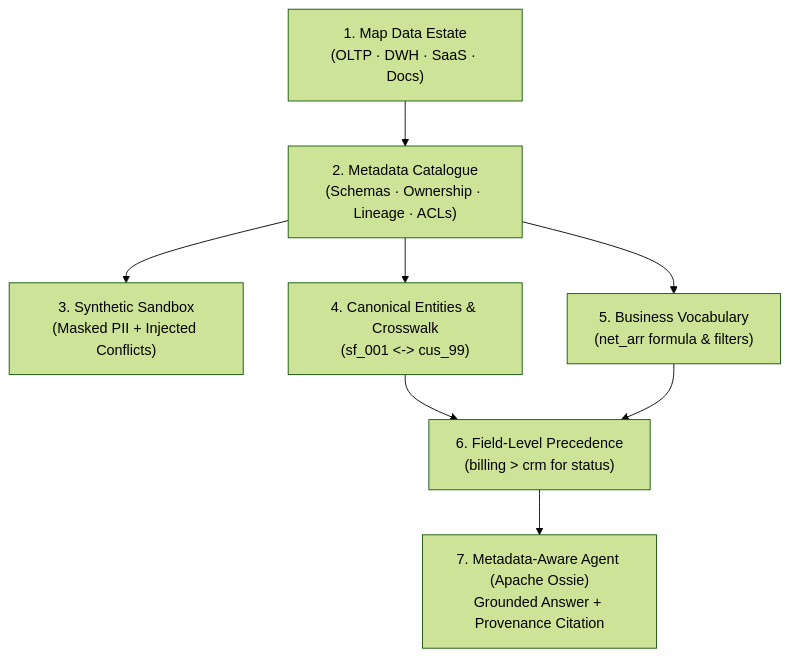
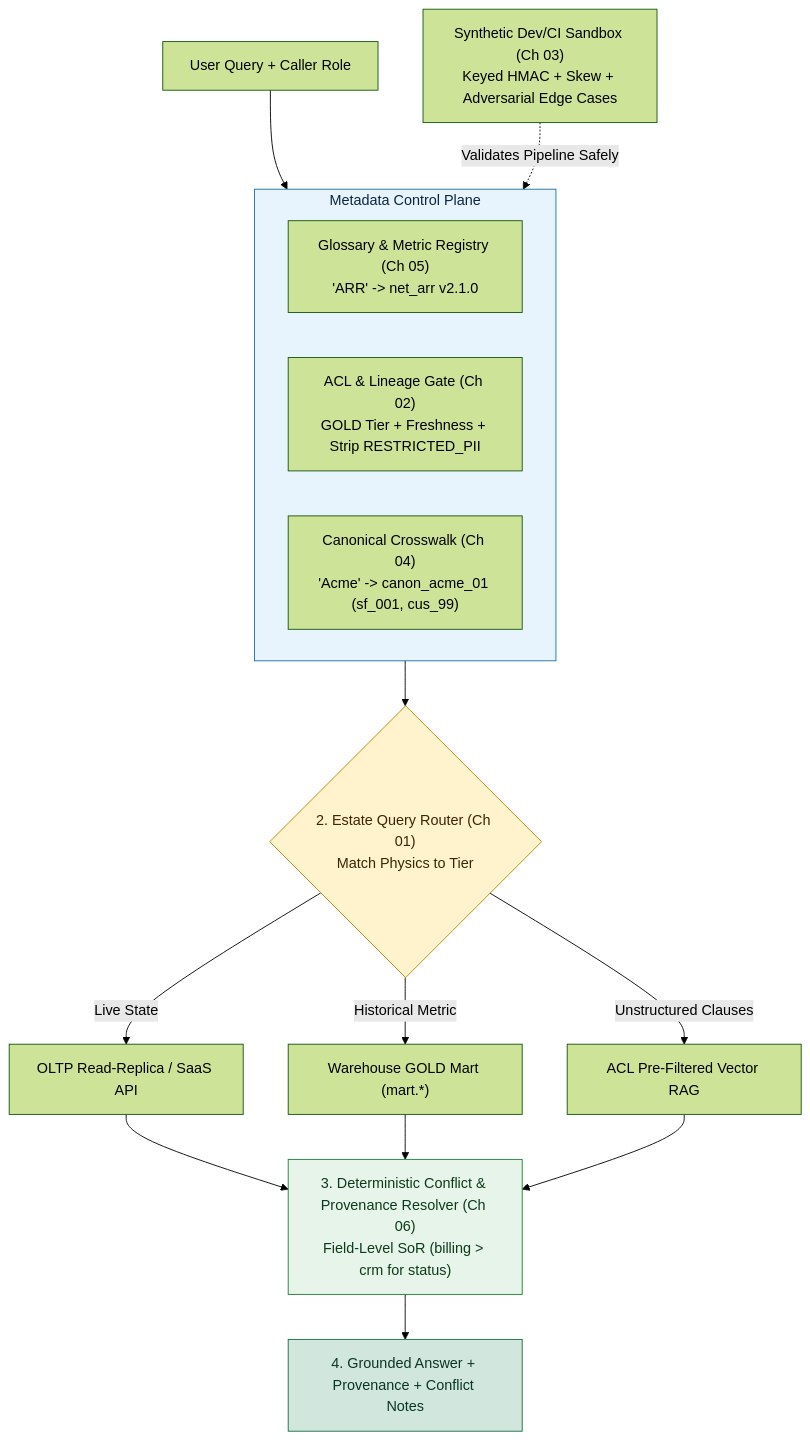
One commit to Amie-dev/FDE-and-GenAI-Mastery changed the diagram in Lecture 24 - Enterprise Data Discovery and Apache Ossie/notes/Lecture_24_Complete_Notes.md. Above: the diagram before and after it, drawn with Mermaid (forest theme). The commit also changed other lines of this file and 13 other files, not shown here.

Commit message:
Refactor Lecture 44 and Lecture 45 notes for clarity and depth; enhance structure with executive summaries, chapter-by-chapter revisions, and detailed cheat sheets. Update diagrams to reflect improved architecture and flow, emphasizing security measures and identity management protocols.

````diff
--- a/Lecture 24 - Enterprise Data Discovery and Apache Ossie/notes/Lecture_24_Complete_Notes.md
+++ b/Lecture 24 - Enterprise Data Discovery and Apache Ossie/notes/Lecture_24_Complete_Notes.md
@@ -34,10 +36,24 @@
 ```mermaid
 flowchart TD
-    Estate["1. Map Data Estate<br/>(OLTP · DWH · SaaS · Docs)"] --> Meta["2. Metadata Catalogue<br/>(Schemas · Ownership · Lineage · ACLs)"]
-    Meta --> Syn["3. Synthetic Sandbox<br/>(Masked PII + Injected Conflicts)"]
-    Meta --> Canon["4. Canonical Entities & Crosswalk<br/>(sf_001 <-> cus_99)"]
-    Meta --> Vocab["5. Business Vocabulary<br/>(net_arr formula & filters)"]
-    Canon --> Prec["6. Field-Level Precedence<br/>(billing > crm for status)"]
-    Vocab --> Prec
-    Prec --> Ossie["7. Metadata-Aware Agent (Apache Ossie)<br/>Grounded Answer + Provenance Citation"]
+    Q["User Query + Caller Role"] --> Ctrl["1. Metadata Control Plane (Ch 07 · Apache Ossie)<br/>3-Stage Progressive Injection (< 1,000 tokens)"]
+    subgraph Ctrl["Metadata Control Plane"]
+        Vocab["Glossary & Metric Registry (Ch 05)<br/>'ARR' -> net_arr v2.1.0"]
+        ACL["ACL & Lineage Gate (Ch 02)<br/>GOLD Tier + Freshness + Strip RESTRICTED_PII"]
+        Cross["Canonical Crosswalk (Ch 04)<br/>'Acme' -> canon_acme_01 (sf_001, cus_99)"]
+    end
+    Ctrl --> Route{"2. Estate Query Router (Ch 01)<br/>Match Physics to Tier"}
+    Route -->|"Live State"| Live["OLTP Read-Replica / SaaS API"]
+    Route -->|"Historical Metric"| DWH["Warehouse GOLD Mart (mart.*)"]
+    Route -->|"Unstructured Clauses"| RAG["ACL Pre-Filtered Vector RAG"]
+    Live --> Resolve["3. Deterministic Conflict & Provenance Resolver (Ch 06)<br/>Field-Level SoR (billing > crm for status)"]
+    DWH --> Resolve
+    RAG --> Resolve
+    Resolve --> Out["4. Grounded Answer + Provenance + Conflict Notes"]
+
+    Syn["Synthetic Dev/CI Sandbox (Ch 03)<br/>Keyed HMAC + Skew + Adversarial Edge Cases"] -.->|"Validates Pipeline Safely"| Ctrl
+
+    style Ctrl fill:#e8f4fd,stroke:#1d6fa5,color:#0b2545
+    style Route fill:#fff3cd,stroke:#b78103,color:#3b2600
+    style Resolve fill:#e6f4ea,stroke:#1e7e34,color:#0d3b18
+    style Out fill:#d1e7dd,stroke:#146c43,color:#0a3622
 ```
````
